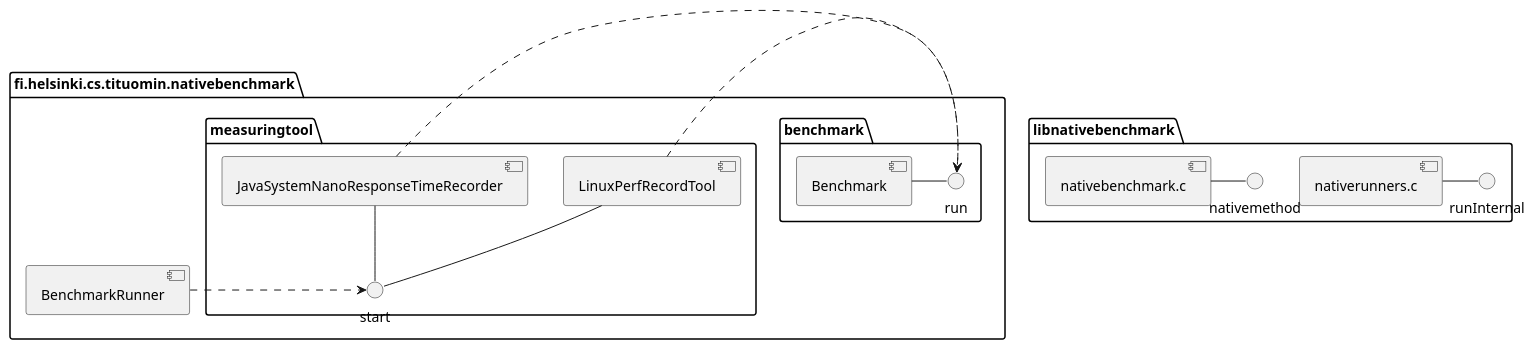
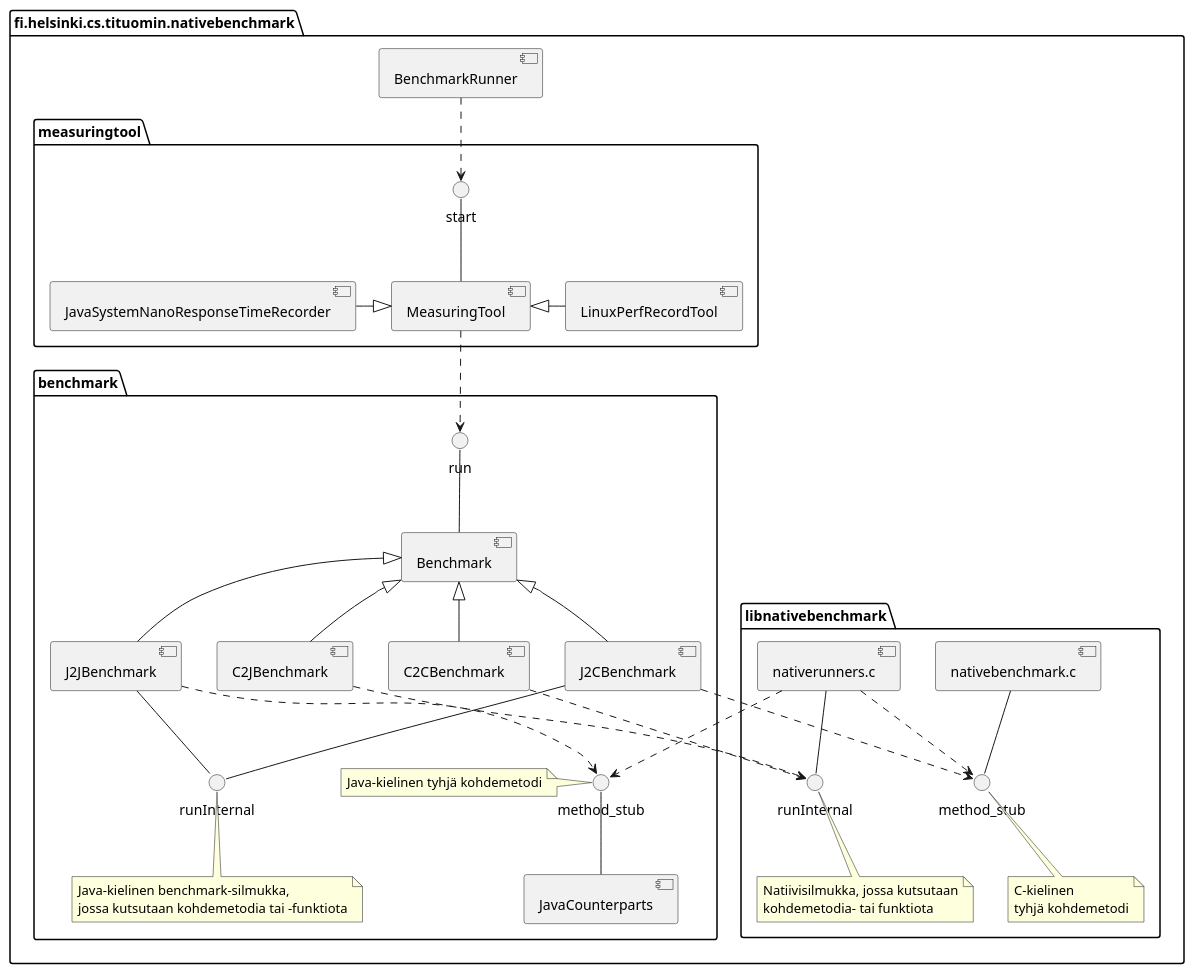
One commit to tituomin/gradu changed the diagram in paper/src/figures/architecture-nativebenchmark.puml. Above: the diagram before and after it, drawn with PlantUML.

Commit message:
Pretty version of architecture.

```diff
--- a/paper/src/figures/architecture-nativebenchmark.puml
+++ b/paper/src/figures/architecture-nativebenchmark.puml
@@ -1,20 +1,50 @@
 package "fi.helsinki.cs.tituomin.nativebenchmark" {
+  package "measuringtool" {
+    () start -- [MeasuringTool]
+    [JavaSystemNanoResponseTimeRecorder] -|> [MeasuringTool]
+    [MeasuringTool] <|- [LinuxPerfRecordTool]
+  }
+
   package "benchmark" {
-    () run
-    [Benchmark]
-    [Benchmark] - run
+    () run -- [Benchmark]
+    () method_stub
+    method_stub -- [JavaCounterparts]
+    [J2JBenchmark]
+    [J2CBenchmark]
+    () runInternal as runInternalJava
+    [J2JBenchmark] -- () runInternalJava
+    [J2CBenchmark] -- () runInternalJava
+    [C2CBenchmark]
+    [C2JBenchmark]
+
+    [Benchmark] <|-- [J2JBenchmark]
+    [Benchmark] <|-- [J2CBenchmark]
+    [Benchmark] <|-- [C2CBenchmark]
+    [Benchmark] <|-- [C2JBenchmark]
+
+    note bottom of runInternalJava : Java-kielinen benchmark-silmukka,\njossa kutsutaan kohdemetodia tai -funktiota
+    note left of method_stub : Java-kielinen tyhjä kohdemetodi
+
   }
-  package "measuringtool" {
-    [JavaSystemNanoResponseTimeRecorder] -- () start
-    [LinuxPerfRecordTool] -- () start
+
+  [BenchmarkRunner] ..> start
+  [MeasuringTool] ..> run
+
+  package "libnativebenchmark" {
+    () runInternal
+    () method_stub as nativemethod_stub
+    [nativerunners.c] -- runInternal
+    [nativebenchmark.c] -- nativemethod_stub
+
+    note bottom of runInternal : Natiivisilmukka, jossa kutsutaan\nkohdemetodia- tai funktiota
+    note bottom of nativemethod_stub : C-kielinen\ntyhjä kohdemetodi
+
   }
-  [BenchmarkRunner] .> start
-  [LinuxPerfRecordTool] .> run
-  [JavaSystemNanoResponseTimeRecorder] .> run
 }
-package "libnativebenchmark" {
-  [nativerunners.c] - runInternal
-  [nativebenchmark.c] - nativemethod
-}
-'[perf record] - exec
-'[LinuxPerfRecordTool] ..> exec
+
+[C2CBenchmark] ..> runInternal
+[C2JBenchmark] ..> runInternal
+[J2CBenchmark] ..> nativemethod_stub
+[nativerunners.c] ..> nativemethod_stub
+[nativerunners.c] ..> method_stub
+[J2JBenchmark] ..> method_stub
```
